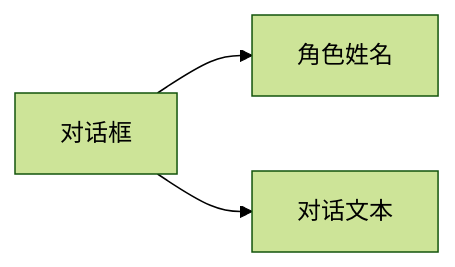
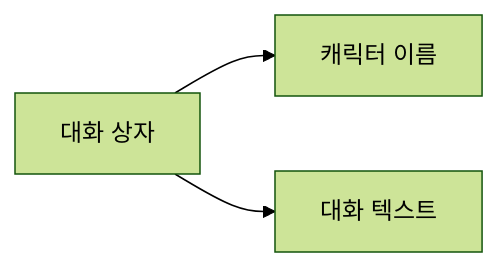
One commit to DSOE1024/konado changed the diagram in docs/ko/tutorial/script/conversation.md. Above: the diagram before and after it, drawn with Mermaid (forest theme). The commit also changed other lines of this file and 224 other files, not shown here.

````diff
--- a/docs/ko/tutorial/script/conversation.md
+++ b/docs/ko/tutorial/script/conversation.md
@@ -9,5 +9,5 @@
 ```mermaid
 graph LR
-    A[对话框] --> B[角色姓名]
-    A --> D[对话文本]
+    A[대화 상자] --> B[캐릭터 이름]
+    A --> D[대화 텍스트]
 ```
````
